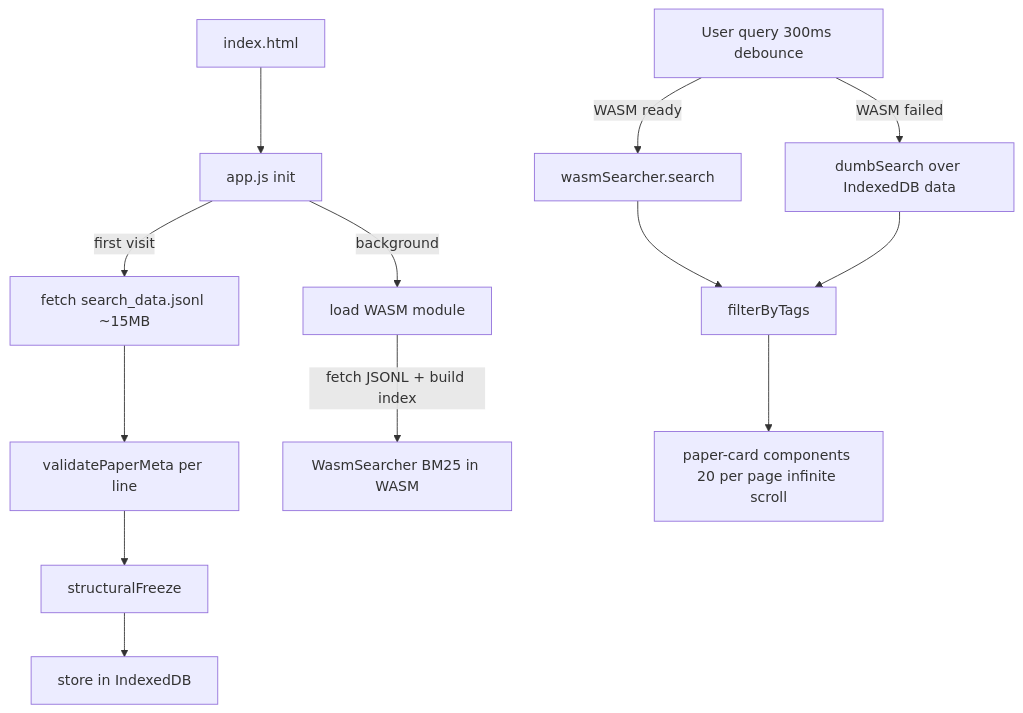
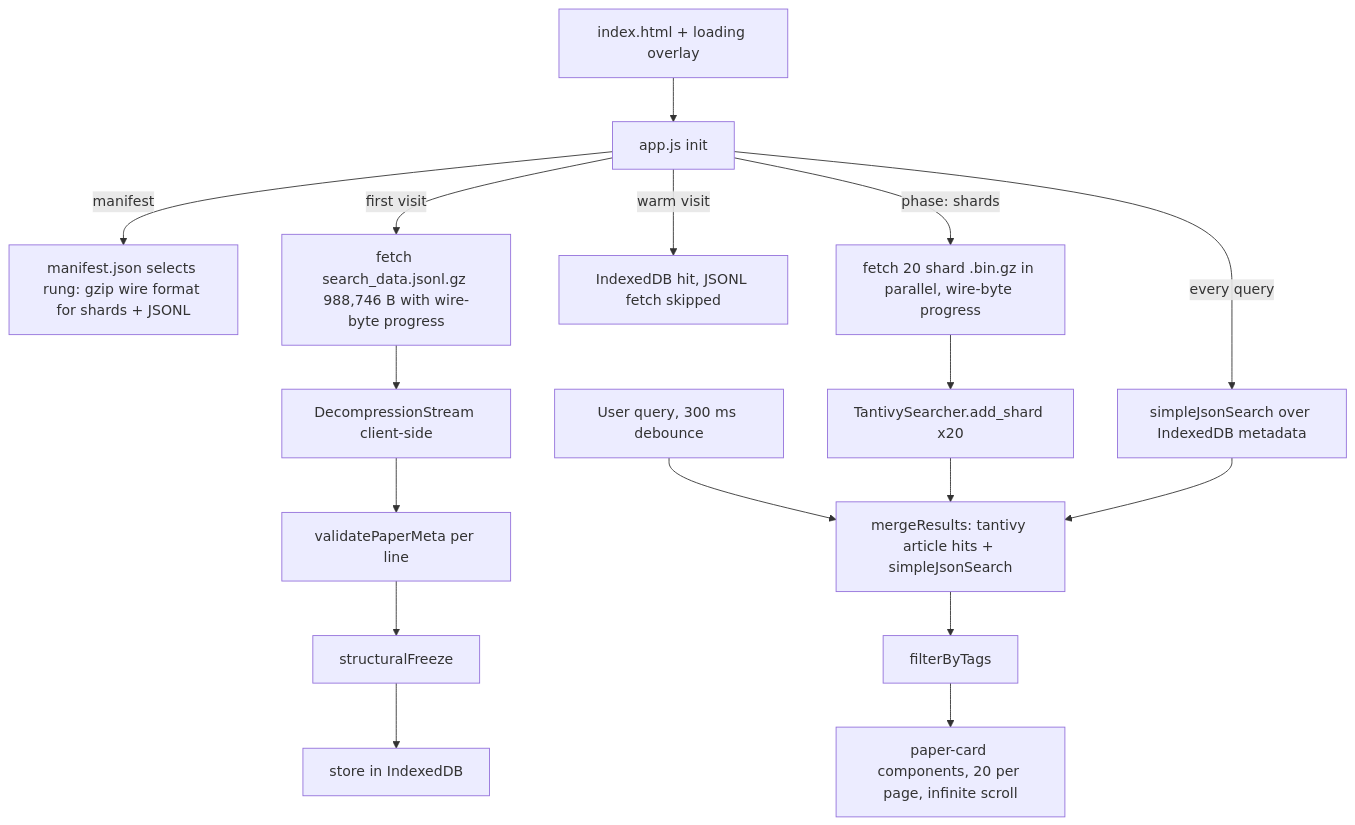
One commit to simbo1905/the-morning-paper-archive changed the second of 2 diagrams in README.md. Above: the diagram before and after it, drawn with Mermaid. The commit also changed other lines of this file and 1 other file, not shown here.

Commit message:
docs: README truth rewrite - tantivy shard pipeline, wire formats, QA gates, measured timings; drop stale web/nginx.conf

````diff
--- a/README.md
+++ b/README.md
@@ -36,16 +38,19 @@
 ```mermaid
 flowchart TD
-    html["index.html"] --> appjs["app.js init"]
-    appjs -->|first visit| load["fetch search_data.jsonl ~15MB"]
-    load --> validate["validatePaperMeta per line"]
+    html["index.html + loading overlay"] --> appjs["app.js init"]
+    appjs -->|manifest| rung["manifest.json selects rung: gzip wire format for shards + JSONL"]
+    appjs -->|first visit| load["fetch search_data.jsonl.gz 988,746 B with wire-byte progress"]
+    appjs -->|warm visit| idbhit["IndexedDB hit, JSONL fetch skipped"]
+    load --> decompress["DecompressionStream client-side"]
+    decompress --> validate["validatePaperMeta per line"]
     validate --> freeze["structuralFreeze"]
     freeze --> idb["store in IndexedDB"]
-    appjs -->|background| initwasm["load WASM module"]
-    initwasm -->|fetch JSONL + build index| bm25["WasmSearcher BM25 in WASM"]
-
-    query["User query 300ms debounce"] -->|WASM ready| wasmsearch["wasmSearcher.search"]
-    query -->|WASM failed| dumbsearch["dumbSearch over IndexedDB data"]
-    wasmsearch --> tagfilter["filterByTags"]
-    dumbsearch --> tagfilter
-    tagfilter --> cards["paper-card components 20 per page infinite scroll"]
+    appjs -->|phase: shards| shards["fetch 20 shard .bin.gz in parallel, wire-byte progress"]
+    shards --> addshard["TantivySearcher.add_shard x20"]
+    query["User query, 300 ms debounce"] --> merge["mergeResults: tantivy article hits + simpleJsonSearch"]
+    addshard --> merge
+    appjs -->|every query| jsonsearch["simpleJsonSearch over IndexedDB metadata"]
+    jsonsearch --> merge
+    merge --> tagfilter["filterByTags"]
+    tagfilter --> cards["paper-card components, 20 per page, infinite scroll"]
 ```
````
